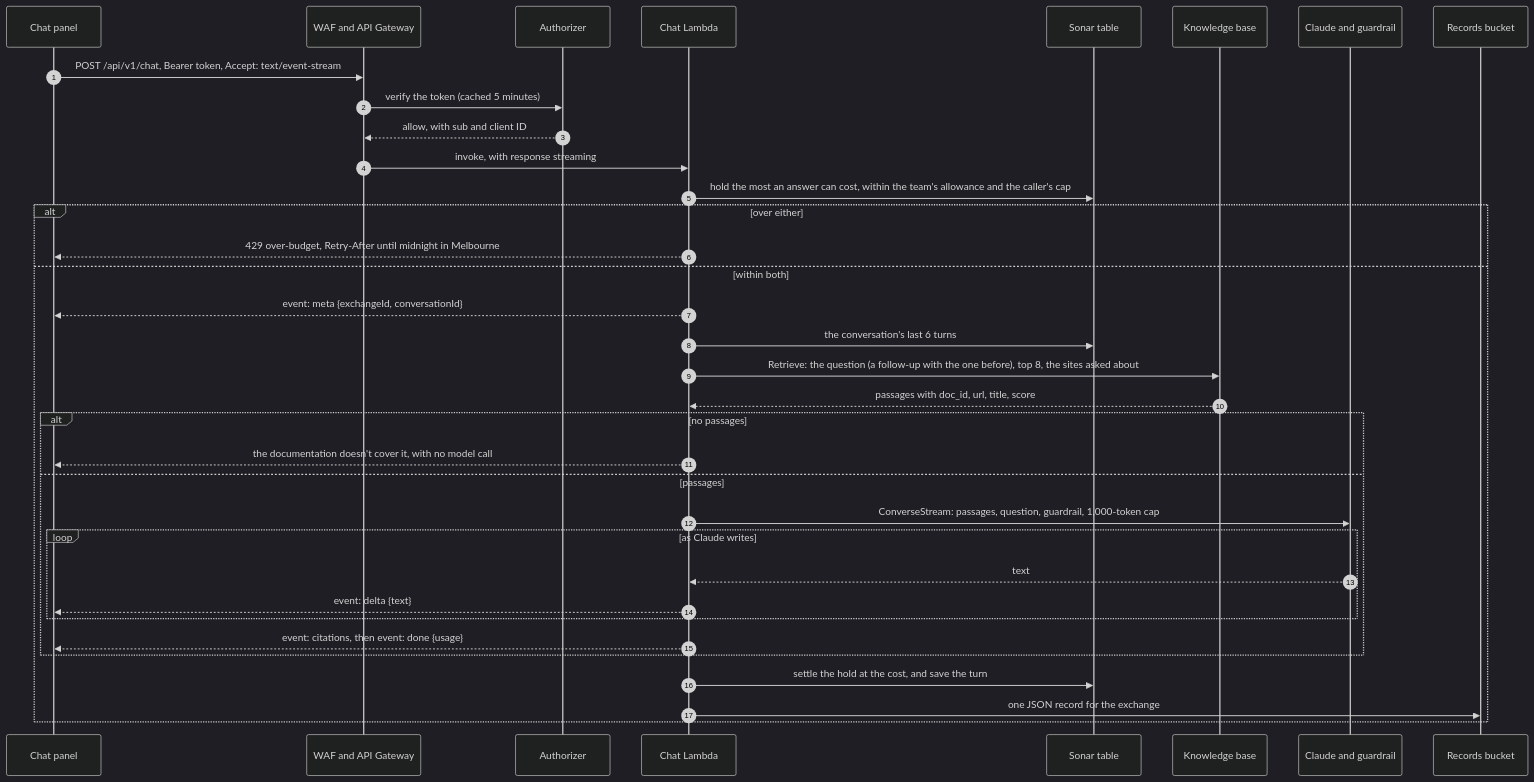
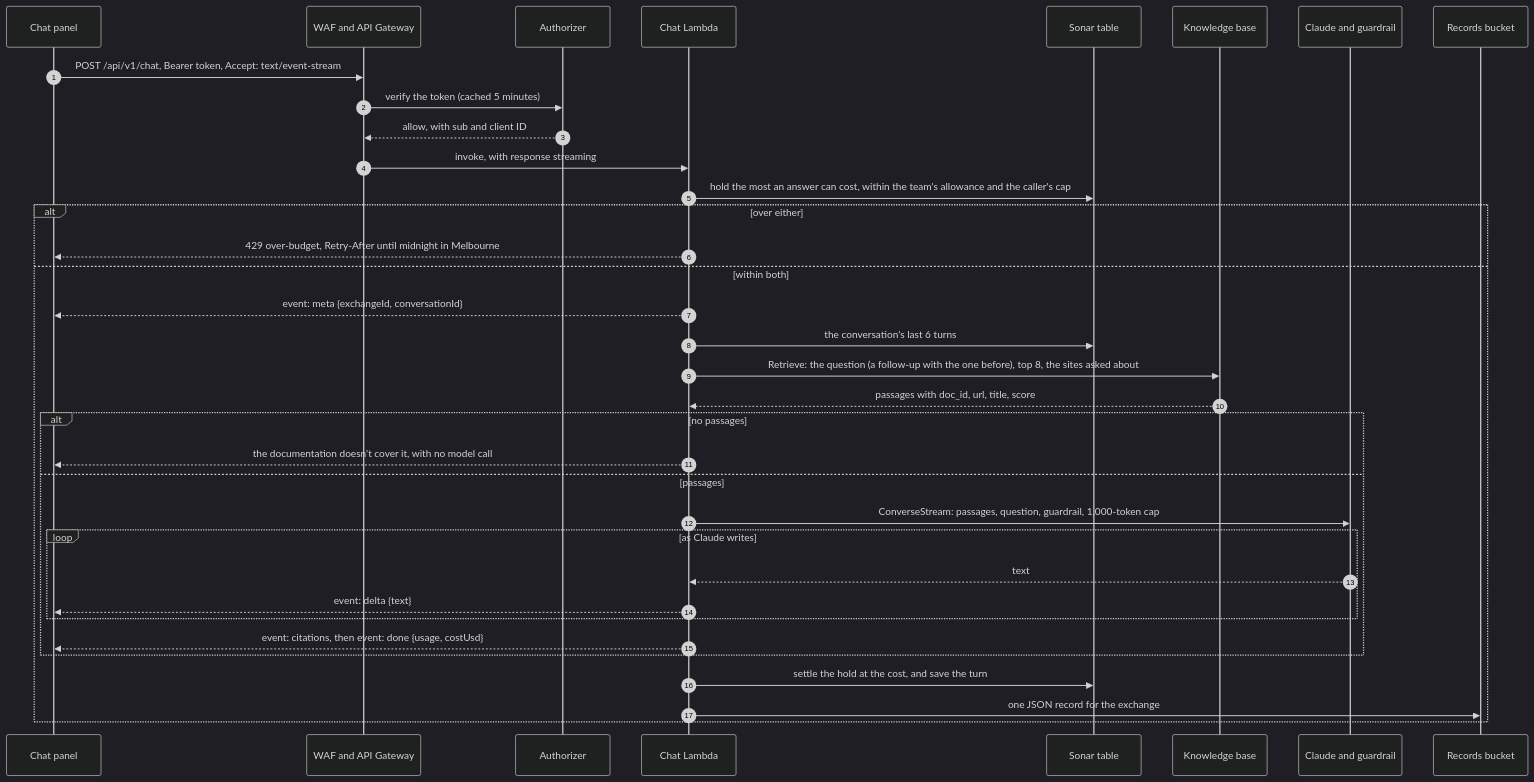
The third of 7 diagrams in docs/design.md (umccr/orcasonar), drawn with Mermaid (dark theme) before and after one commit. The commit also changed other lines of this file and 25 other files, not shown here.

````diff
--- a/docs/design.md
+++ b/docs/design.md
@@ -169,38 +172,38 @@
 ```mermaid
 sequenceDiagram
     autonumber
     participant Panel as Chat panel
     participant Gateway as WAF and API Gateway
     participant Authz as Authorizer
     participant Chat as Chat Lambda
     participant Table as Sonar table
     participant KB as Knowledge base
     participant Claude as Claude and guardrail
     participant Records as Records bucket
 
     Panel->>Gateway: POST /api/v1/chat, Bearer token, Accept: text/event-stream
     Gateway->>Authz: verify the token (cached 5 minutes)
     Authz-->>Gateway: allow, with sub and client ID
     Gateway->>Chat: invoke, with response streaming
     Chat->>Table: hold the most an answer can cost, within the team's allowance and the caller's cap
     alt over either
         Chat-->>Panel: 429 over-budget, Retry-After until midnight in Melbourne
     else within both
         Chat-->>Panel: event: meta {exchangeId, conversationId}
         Chat->>Table: the conversation's last 6 turns
         Chat->>KB: Retrieve: the question (a follow-up with the one before), top 8, the sites asked about
         KB-->>Chat: passages with doc_id, url, title, score
         alt no passages
             Chat-->>Panel: the documentation doesn't cover it, with no model call
         else passages
             Chat->>Claude: ConverseStream: passages, question, guardrail, 1,000-token cap
             loop as Claude writes
                 Claude-->>Chat: text
                 Chat-->>Panel: event: delta {text}
             end
-            Chat-->>Panel: event: citations, then event: done {usage}
+            Chat-->>Panel: event: citations, then event: done {usage, costUsd}
         end
         Chat->>Table: settle the hold at the cost, and save the turn
         Chat->>Records: one JSON record for the exchange
     end
 ```
````
